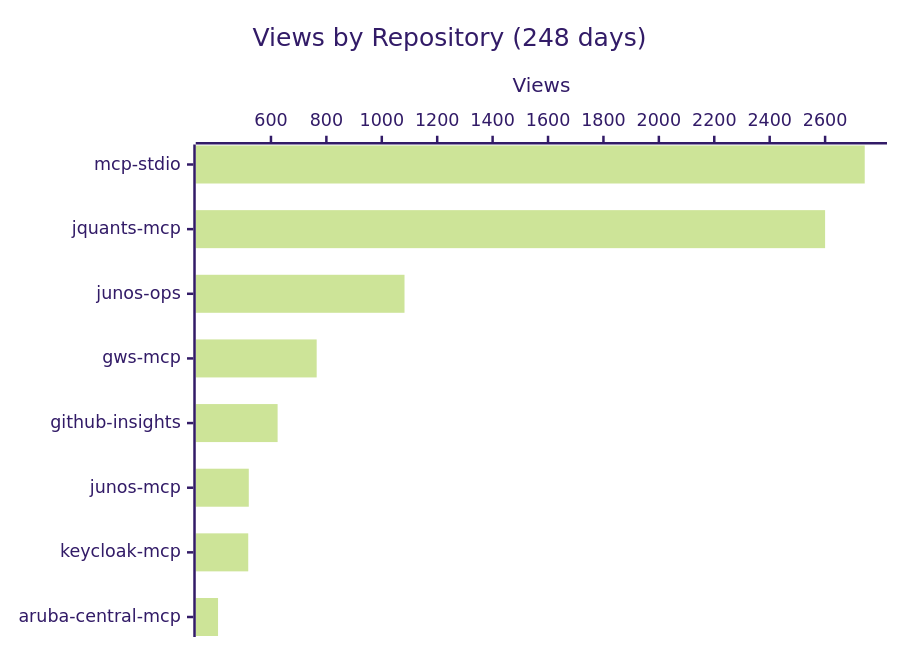
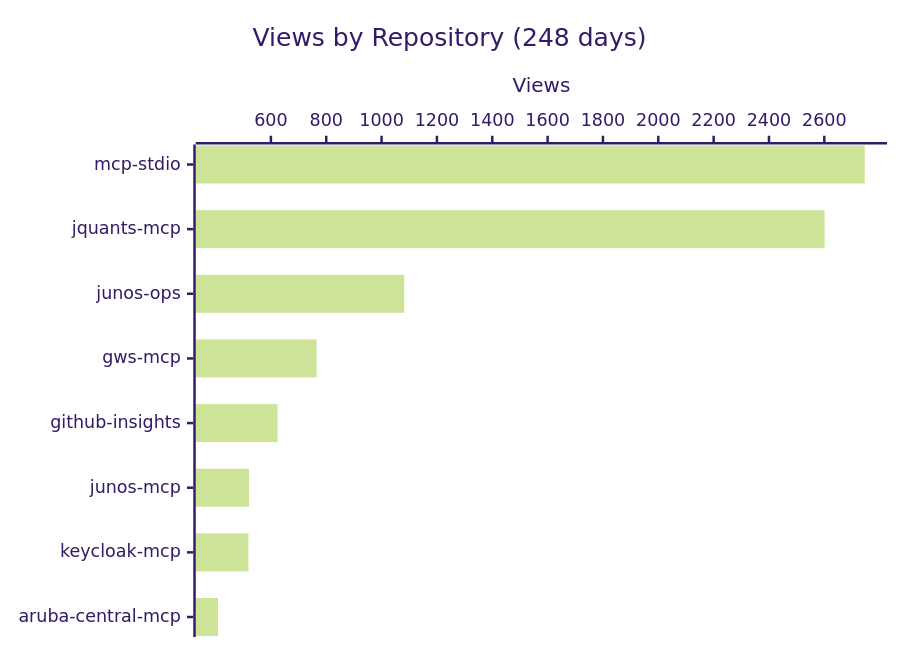
Before and after one commit to shigechika/github-insights: the first of 4 diagrams in README.md, drawn with Mermaid (forest theme). The commit also changed other lines of this file and 1 other file, not shown here.

````diff
--- a/README.md
+++ b/README.md
@@ -18,7 +18,7 @@
 ```mermaid
 xychart-beta horizontal
     title "Views by Repository (248 days)"
     x-axis ["mcp-stdio", "jquants-mcp", "junos-ops", "gws-mcp", "github-insights", "junos-mcp", "keycloak-mcp", "aruba-central-mcp"]
     y-axis "Views"
-    bar [2743, 2600, 1082, 765, 624, 520, 518, 409]
+    bar [2746, 2601, 1082, 765, 624, 521, 519, 409]
 ```
````
